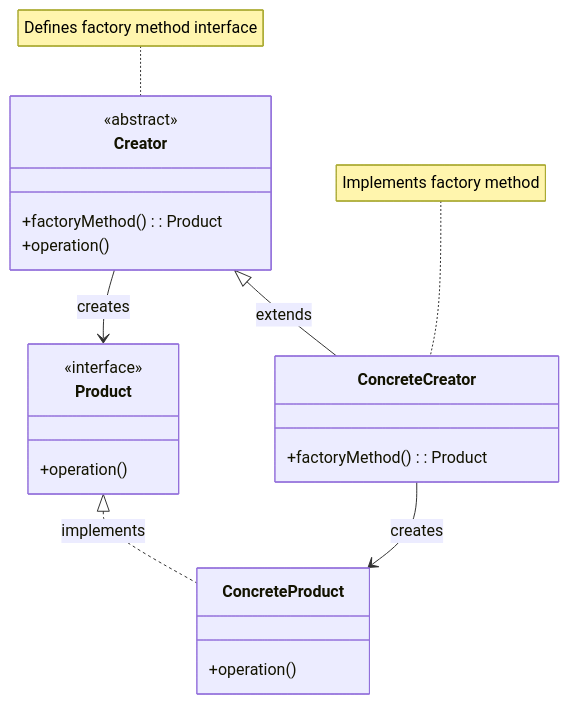
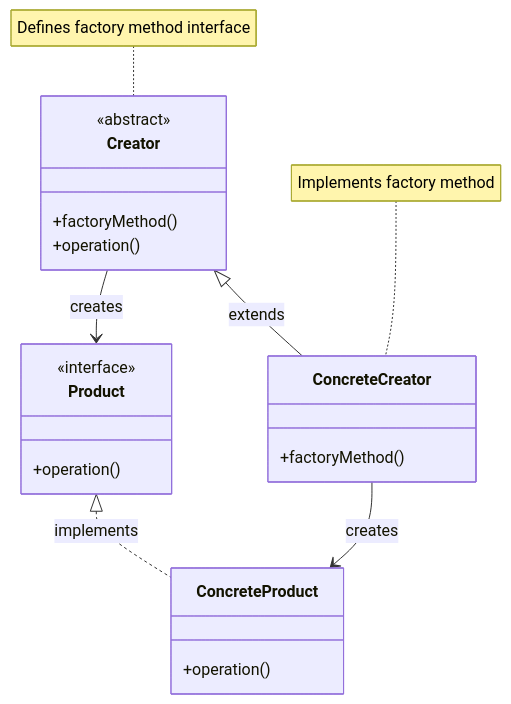
The first of 3 diagrams in resources/design-patterns/laravel/creational/factory_method_en.md (fanly/DesignPattern), drawn with Mermaid before and after one commit. The commit also changed 17 other files, not shown here.

````diff
--- a/resources/design-patterns/laravel/creational/factory_method_en.md
+++ b/resources/design-patterns/laravel/creational/factory_method_en.md
@@ -11,29 +11,29 @@
 ```mermaid
 classDiagram
     class Creator {
         <<abstract>>
-        +factoryMethod(): Product
+        +factoryMethod()
         +operation()
     }
     
     class ConcreteCreator {
-        +factoryMethod(): Product
+        +factoryMethod()
     }
     
     class Product {
         <<interface>>
         +operation()
     }
     
     class ConcreteProduct {
         +operation()
     }
     
     Creator <|-- ConcreteCreator : extends
     Product <|.. ConcreteProduct : implements
     Creator --> Product : creates
     ConcreteCreator --> ConcreteProduct : creates
     
     note for Creator "Defines factory method interface"
     note for ConcreteCreator "Implements factory method"
 ```
````
